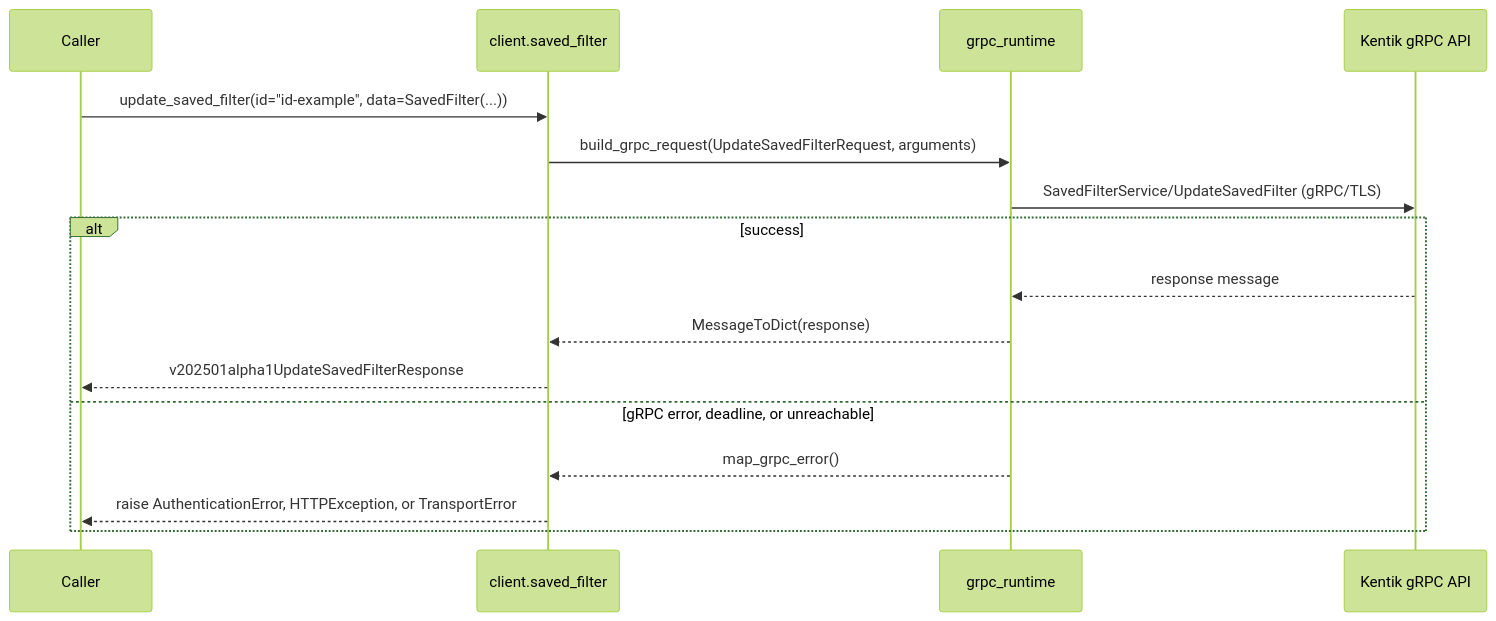
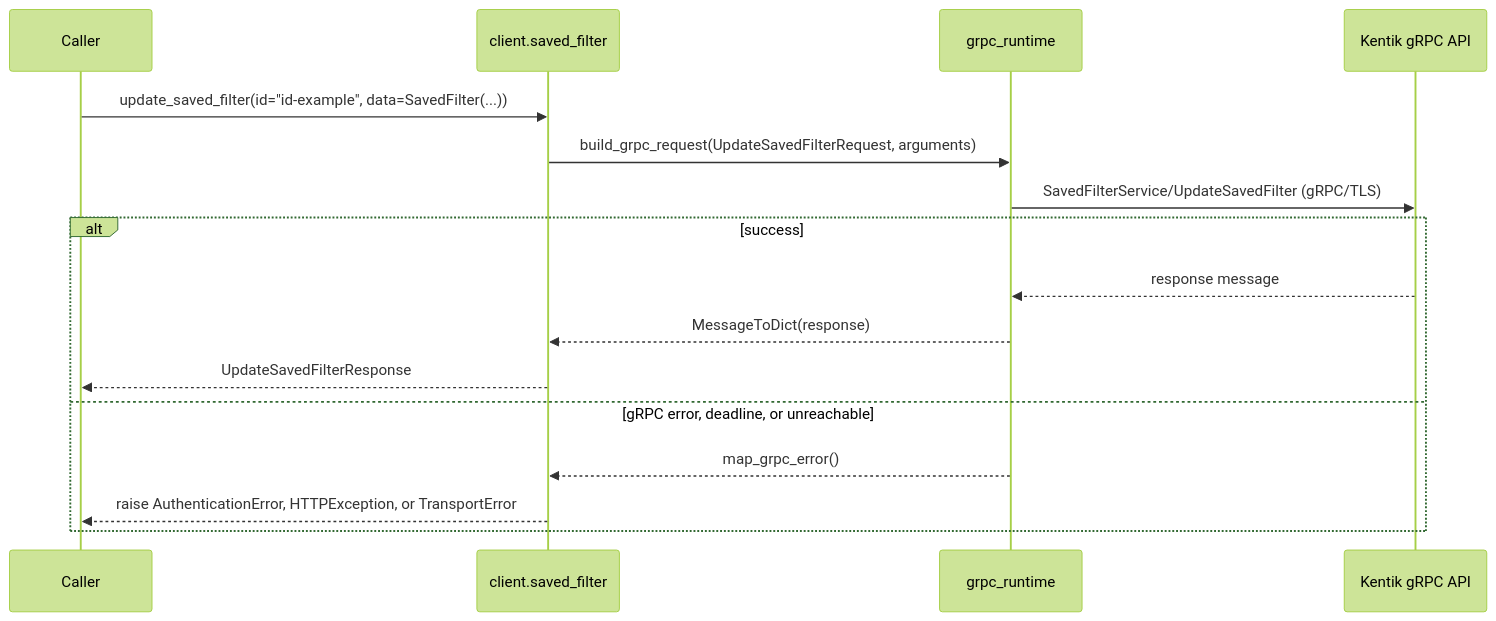
The seventh of 14 diagrams in docs/sphinx/services/saved_filter.md (alexdearaujo/community_sdk_python), drawn with Mermaid (forest theme) before and after one commit. The commit also changed other lines of this file and 38 other files, not shown here.

````diff
--- a/docs/sphinx/services/saved_filter.md
+++ b/docs/sphinx/services/saved_filter.md
@@ -211,19 +211,19 @@
 ```mermaid
 sequenceDiagram
     participant C as Caller
     participant W as client.saved_filter
     participant R as grpc_runtime
     participant API as Kentik gRPC API
 
     C->>W: update_saved_filter(id="id-example", data=SavedFilter(...))
     W->>R: build_grpc_request(UpdateSavedFilterRequest, arguments)
     R->>API: SavedFilterService/UpdateSavedFilter (gRPC/TLS)
     alt success
         API-->>R: response message
         R-->>W: MessageToDict(response)
-        W-->>C: v202501alpha1UpdateSavedFilterResponse
+        W-->>C: UpdateSavedFilterResponse
     else gRPC error, deadline, or unreachable
         R-->>W: map_grpc_error()
         W-->>C: raise AuthenticationError, HTTPException, or TransportError
     end
 ```
````
